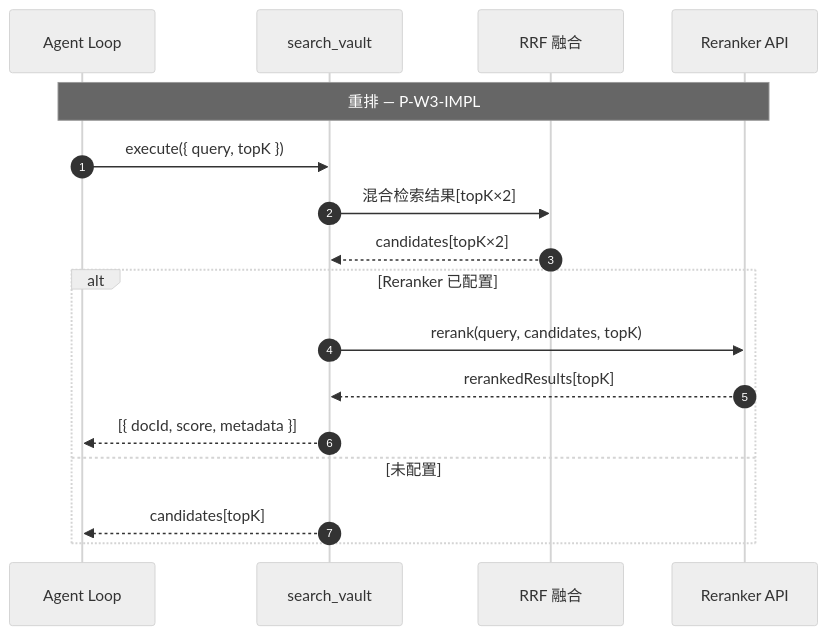
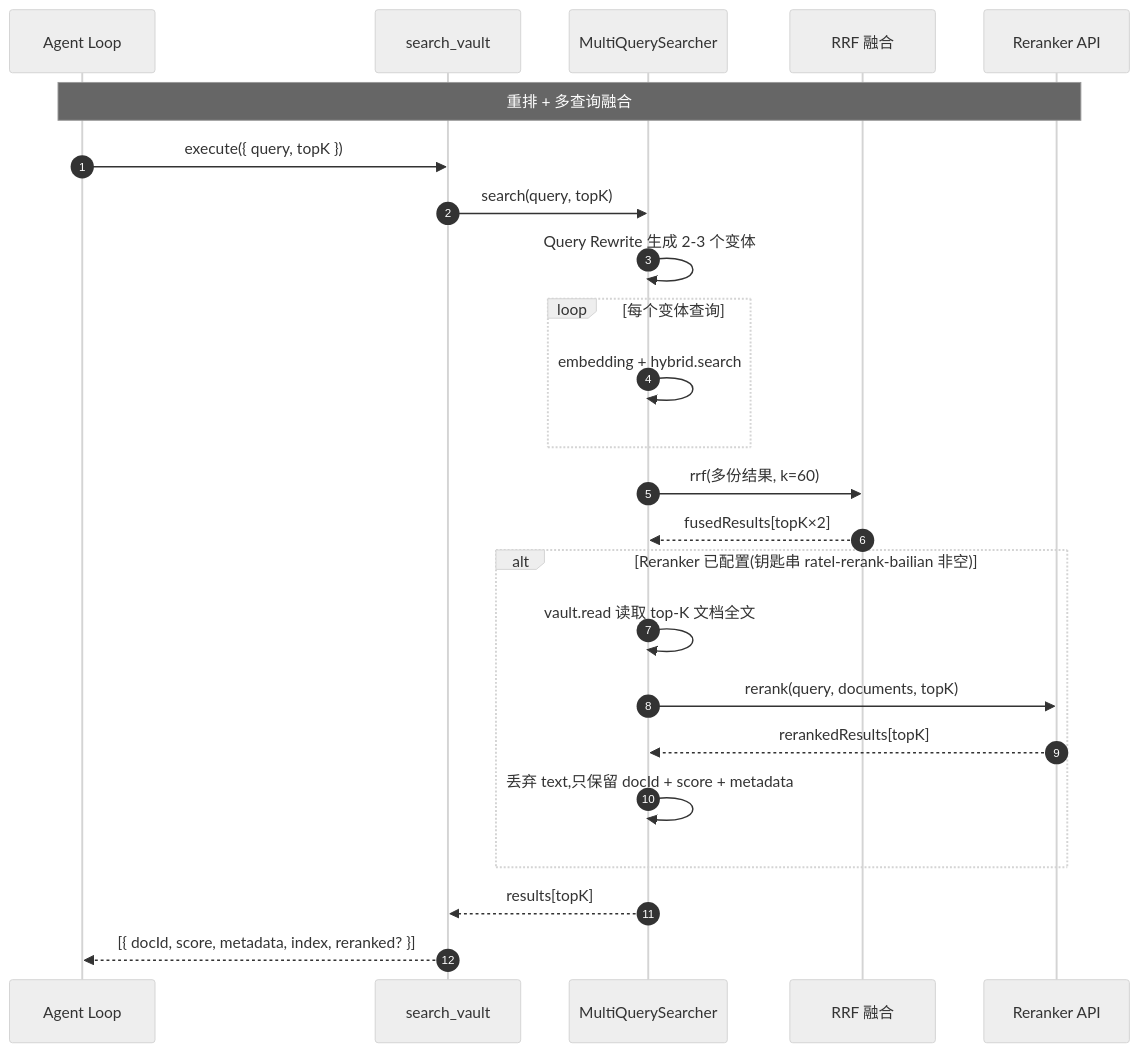
Before and after one commit to golddream-y/obsidian-ratel: the third of 4 diagrams in docs/architecture/rag/retriever.md, drawn with Mermaid (neutral theme). The commit also changed other lines of this file and 14 other files, not shown here.

````diff
--- a/docs/architecture/rag/retriever.md
+++ b/docs/architecture/rag/retriever.md
@@ -130,23 +141,31 @@
 ```mermaid
 sequenceDiagram
     autonumber
     participant AL as Agent Loop
     participant SV as search_vault
+    participant MQS as MultiQuerySearcher
     participant RRF as RRF 融合
     participant RR as Reranker API
 
-    Note over AL,RR: 重排 — P-W3-IMPL
+    Note over AL,RR: 重排 + 多查询融合
 
     AL->>SV: execute({ query, topK })
+    SV->>MQS: search(query, topK)
 
-    SV->>RRF: 混合检索结果[topK×2]
-    RRF-->>SV: candidates[topK×2]
+    MQS->>MQS: Query Rewrite 生成 2-3 个变体
+    loop 每个变体查询
+        MQS->>MQS: embedding + hybrid.search
+    end
+    MQS->>RRF: rrf(多份结果, k=60)
+    RRF-->>MQS: fusedResults[topK×2]
 
-    alt Reranker 已配置
-        SV->>RR: rerank(query, candidates, topK)
-        RR-->>SV: rerankedResults[topK]
-        SV-->>AL: [{ docId, score, metadata }]
-    else 未配置
-        SV-->>AL: candidates[topK]
+    alt Reranker 已配置(钥匙串 ratel-rerank-bailian 非空)
+        MQS->>MQS: vault.read 读取 top-K 文档全文
+        MQS->>RR: rerank(query, documents, topK)
+        RR-->>MQS: rerankedResults[topK]
+        MQS->>MQS: 丢弃 text,只保留 docId + score + metadata
     end
+
+    MQS-->>SV: results[topK]
+    SV-->>AL: [{ docId, score, metadata, index, reranked? }]
 ```
````
